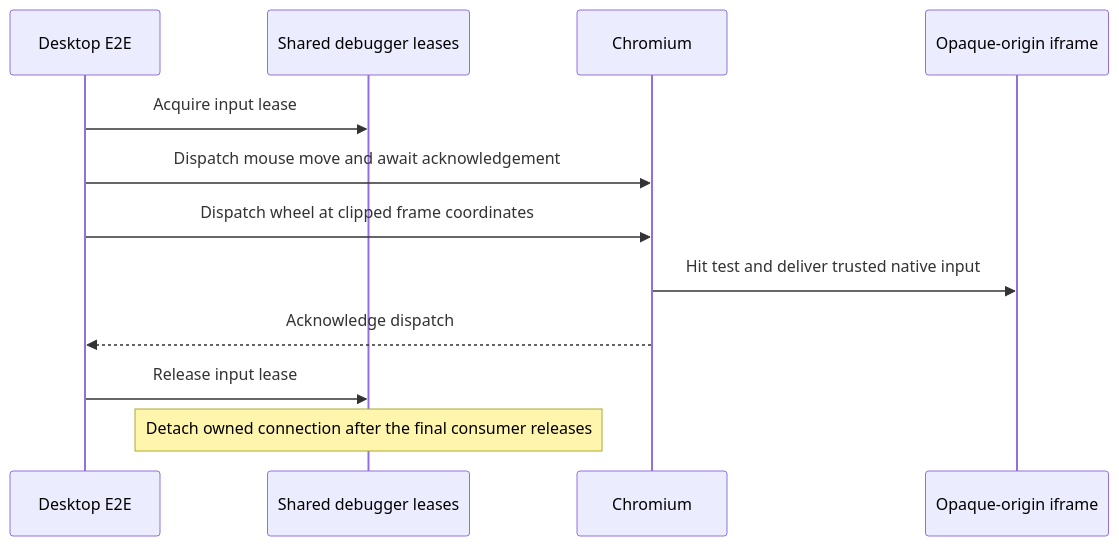
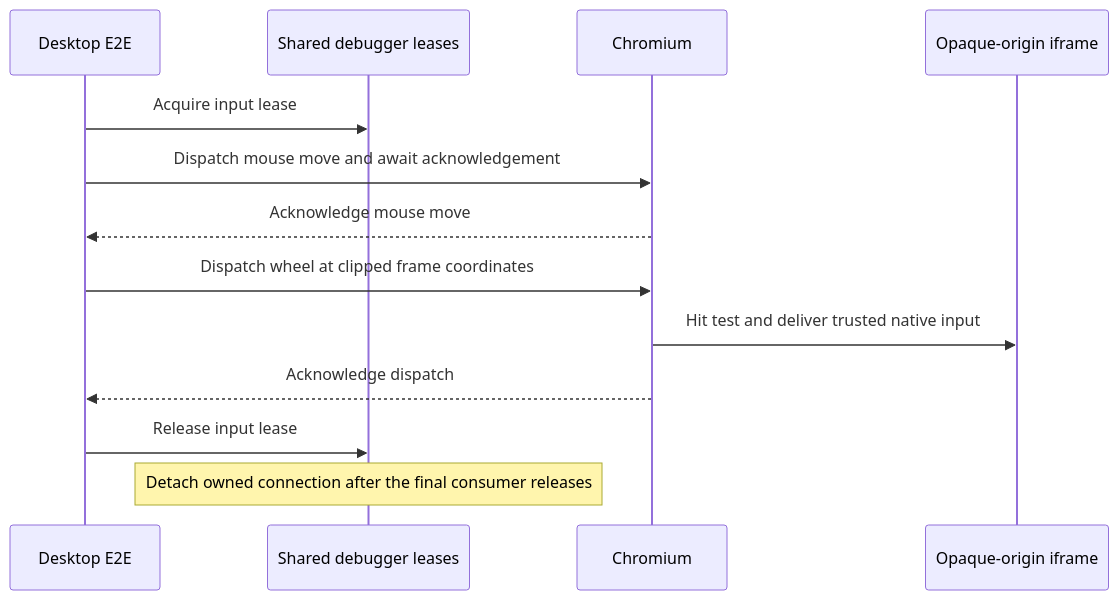
The third of 23 diagrams in wework/DESIGN.md (wecode-ai/Wegent), drawn with Mermaid before and after one commit. The commit also changed other lines of this file, not shown here.

````diff
--- a/wework/DESIGN.md
+++ b/wework/DESIGN.md
@@ -1092,14 +1093,15 @@
   ```mermaid
   sequenceDiagram
     participant Test as Desktop E2E
     participant Lease as Shared debugger leases
     participant Chromium
     participant Frame as Opaque-origin iframe
     Test->>Lease: Acquire input lease
     Test->>Chromium: Dispatch mouse move and await acknowledgement
+    Chromium-->>Test: Acknowledge mouse move
     Test->>Chromium: Dispatch wheel at clipped frame coordinates
     Chromium->>Frame: Hit test and deliver trusted native input
     Chromium-->>Test: Acknowledge dispatch
     Test->>Lease: Release input lease
     Note over Lease: Detach owned connection after the final consumer releases
   ```
````
